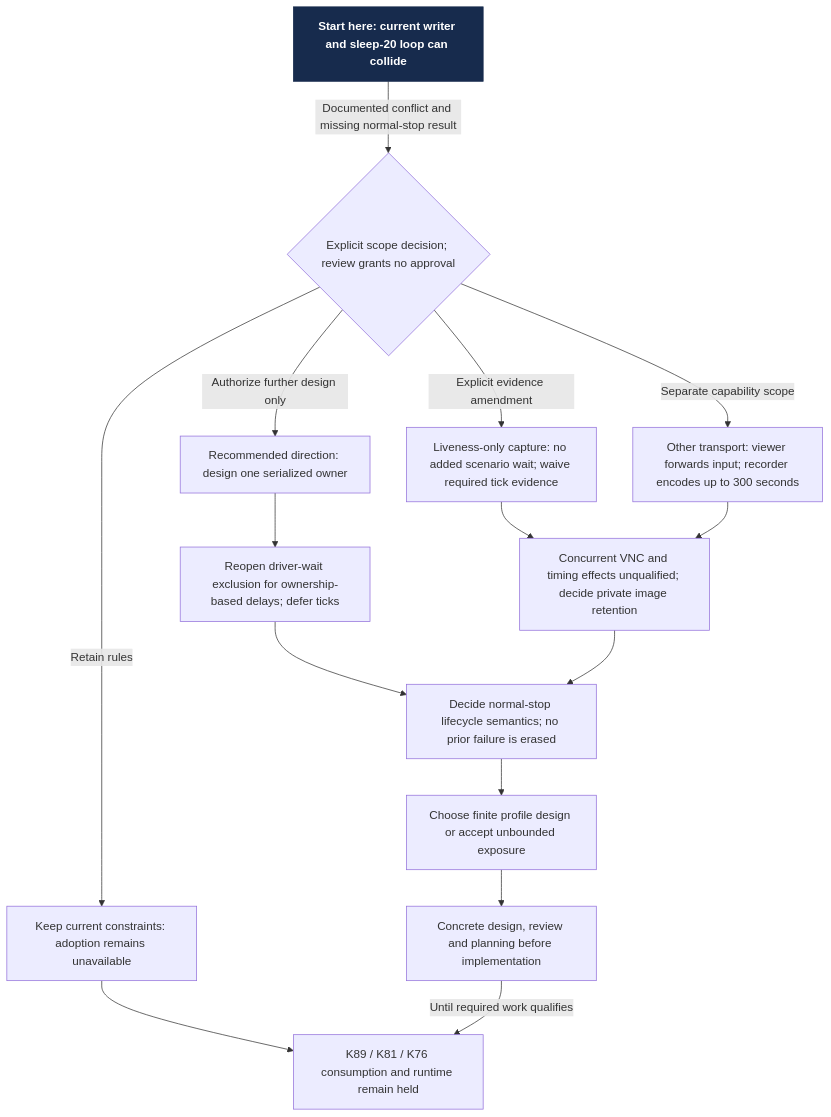
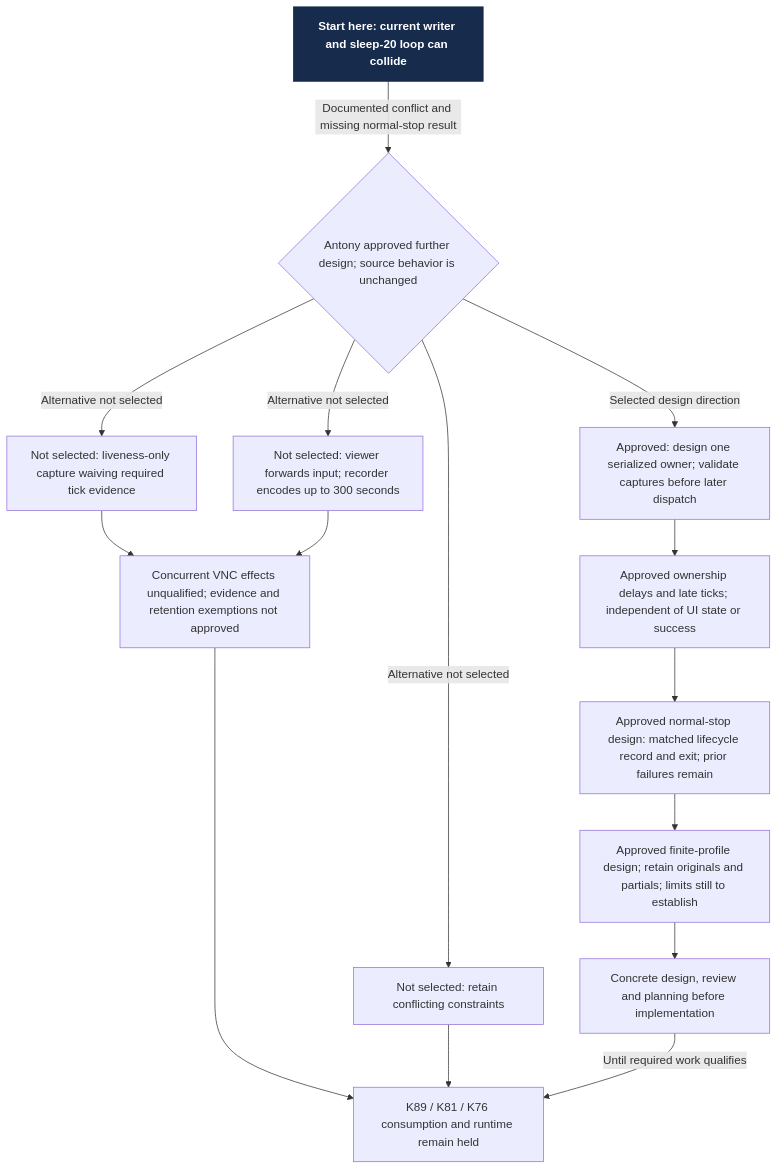
One commit to Linkuistics/Koine changed the diagram in docs/design/architecture/settings-activation/keepalive-scope.mmd. Above: the diagram before and after it, drawn with Mermaid. The commit also changed 13 other files, not shown here.

Commit message:
settings-keepalive-scope-k93: record agreed keepalive design scope

```diff
--- a/docs/design/architecture/settings-activation/keepalive-scope.mmd
+++ b/docs/design/architecture/settings-activation/keepalive-scope.mmd
@@ -1,29 +1,29 @@
 flowchart TD
     start["Start here: current writer and sleep-20 loop can collide"]
-    choice{"Explicit scope decision; review grants no approval"}
-    keep["Keep current constraints: adoption remains unavailable"]
-    serial["Recommended direction: design one serialized owner"]
-    cost["Reopen driver-wait exclusion for ownership-based delays; defer ticks"]
-    ping["Liveness-only capture: no added scenario wait; waive required tick evidence"]
-    transport["Other transport: viewer forwards input; recorder encodes up to 300 seconds"]
-    risk["Concurrent VNC and timing effects unqualified; decide private image retention"]
-    stop["Decide normal-stop lifecycle semantics; no prior failure is erased"]
-    profile["Choose finite profile design or accept unbounded exposure"]
+    choice{"Antony approved further design; source behavior is unchanged"}
+    keep["Not selected: retain conflicting constraints"]
+    serial["Approved: design one serialized owner; validate captures before later dispatch"]
+    cost["Approved ownership delays and late ticks; independent of UI state or success"]
+    ping["Not selected: liveness-only capture waiving required tick evidence"]
+    transport["Not selected: viewer forwards input; recorder encodes up to 300 seconds"]
+    risk["Concurrent VNC effects unqualified; evidence and retention exemptions not approved"]
+    stop["Approved normal-stop design: matched lifecycle record and exit; prior failures remain"]
+    profile["Approved finite-profile design; retain originals and partials; limits still to establish"]
     design["Concrete design, review and planning before implementation"]
     held["K89 / K81 / K76 consumption and runtime remain held"]
     start -->|Documented conflict and missing normal-stop result| choice
-    choice -->|Retain rules| keep
-    choice -->|Authorize further design only| serial
-    choice -->|Explicit evidence amendment| ping
-    choice -->|Separate capability scope| transport
+    choice -->|Alternative not selected| keep
+    choice -->|Selected design direction| serial
+    choice -->|Alternative not selected| ping
+    choice -->|Alternative not selected| transport
     serial --> cost
     ping --> risk
     transport --> risk
     cost --> stop
-    risk --> stop
+    risk --> held
     stop --> profile
     profile --> design
     keep --> held
     design -->|Until required work qualifies| held
     classDef start fill:#172b4d,color:#fff,stroke:#172b4d,font-weight:bold
     class start start
```
